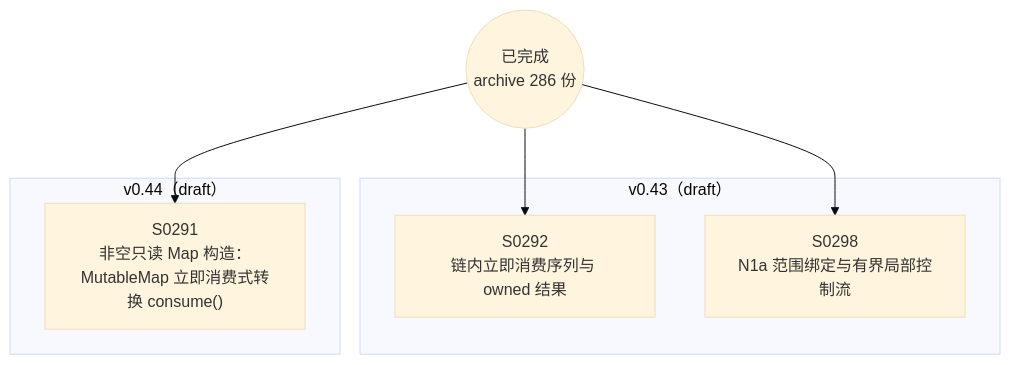
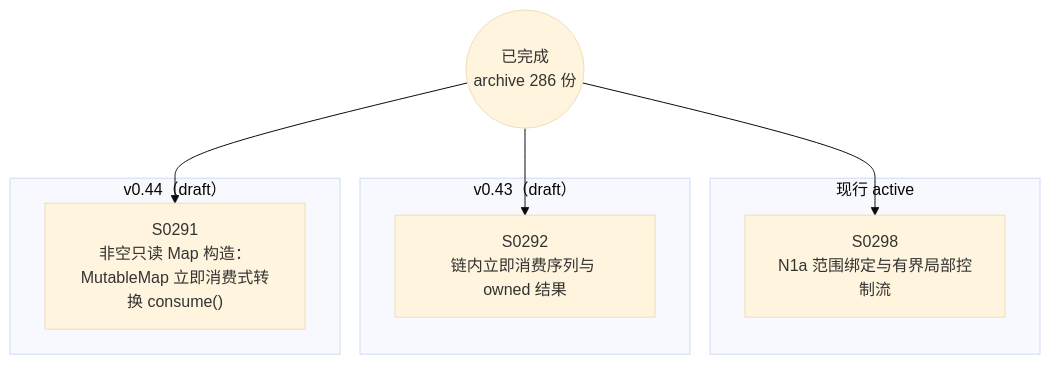
The diagram in docs/specs/dependency-graph.md (Halckon/Koven), drawn with Mermaid (base theme) before and after one commit. The commit also changed other lines of this file and 9 other files, not shown here.

````diff
--- a/docs/specs/dependency-graph.md
+++ b/docs/specs/dependency-graph.md
@@ -9,14 +9,16 @@
 ```mermaid
 flowchart TD
 ARCH(("已完成<br/>archive 286 份"))
+subgraph Gactive["现行 active"]
+  S0298["S0298<br/>N1a 范围绑定与有界局部控制流"]
+end
 subgraph Gdrafts_v043["v0.43（draft）"]
   S0292["S0292<br/>链内立即消费序列与 owned 结果"]
-  S0298["S0298<br/>N1a 范围绑定与有界局部控制流"]
 end
 subgraph Gdrafts_v044["v0.44（draft）"]
   S0291["S0291<br/>非空只读 Map 构造：MutableMap 立即消费式转换 consume()"]
 end
 ARCH --> S0291
 ARCH --> S0292
 ARCH --> S0298
 ```
````
